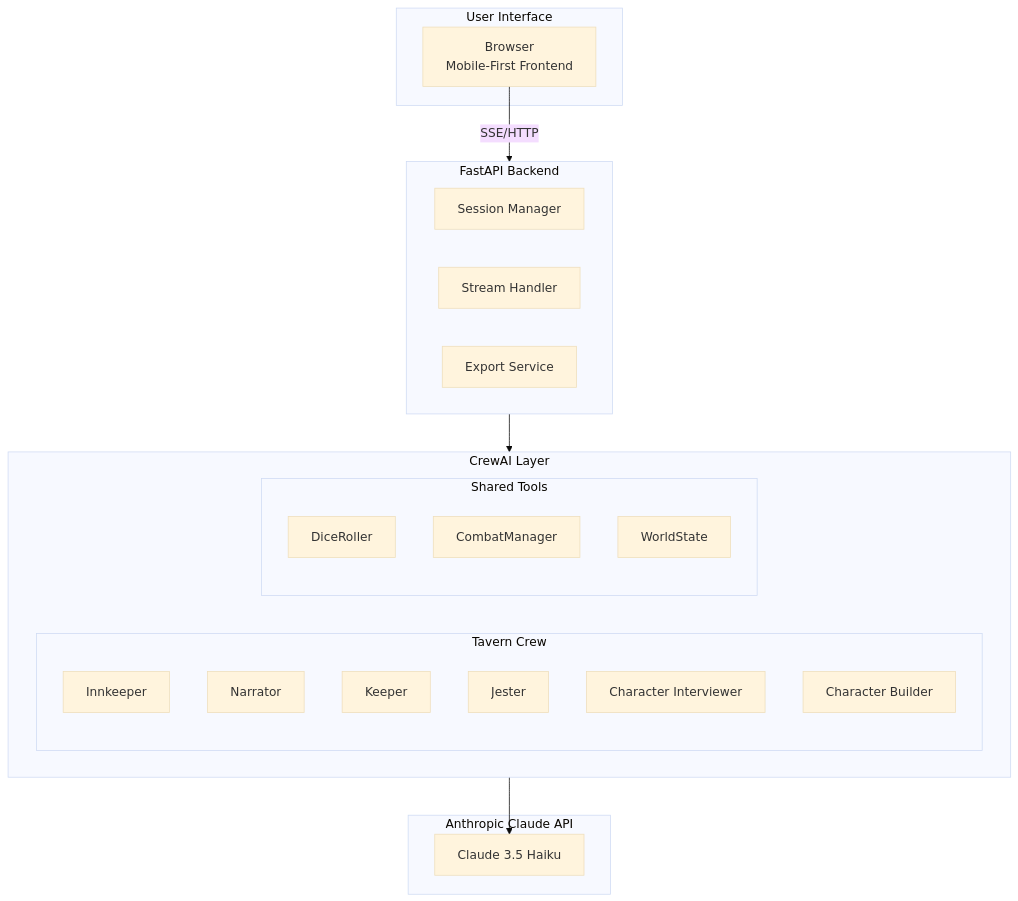
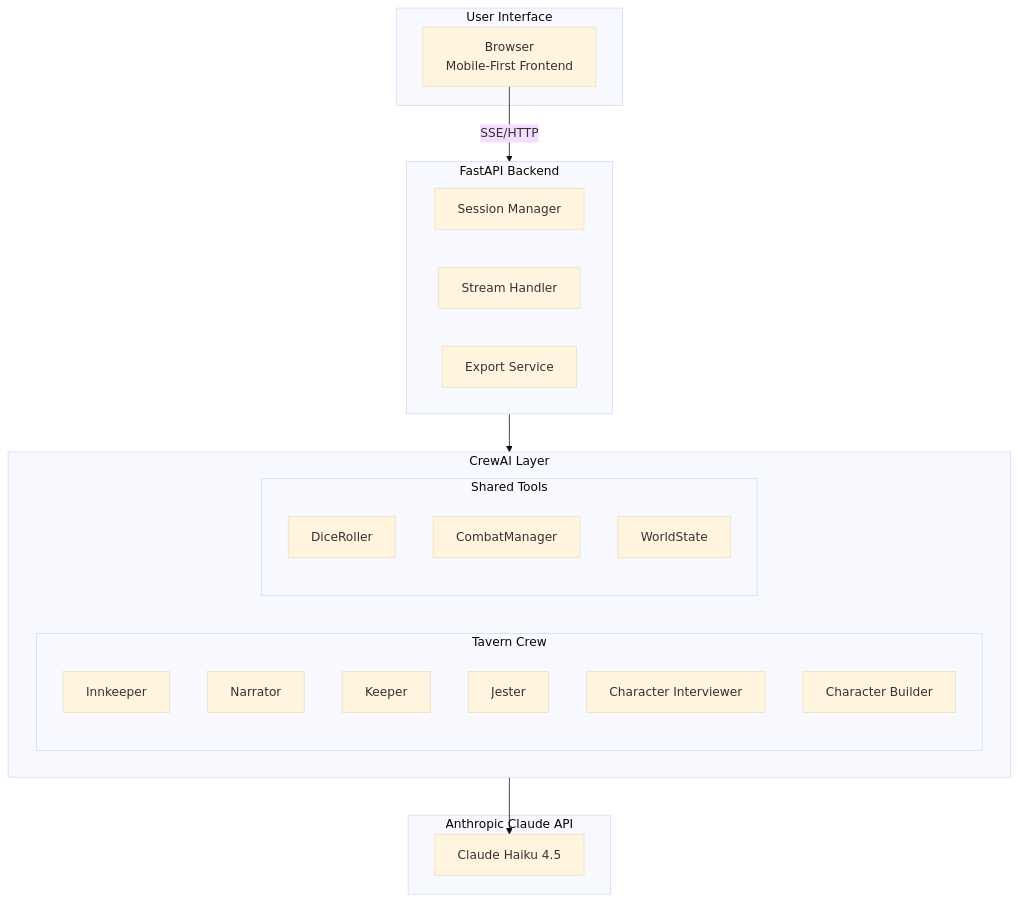
One commit to darth-dodo/pocket-portals changed the first of 2 diagrams in docs/architecture.md. Above: the diagram before and after it, drawn with Mermaid (base theme). The commit also changed other lines of this file and 21 other files, not shown here.

````diff
--- a/docs/architecture.md
+++ b/docs/architecture.md
@@ -37,36 +37,36 @@
 ```mermaid
 flowchart TB
     subgraph UI["User Interface"]
         Browser["Browser<br/>Mobile-First Frontend"]
     end
 
     subgraph API["FastAPI Backend"]
         Session["Session Manager"]
         Stream["Stream Handler"]
         Export["Export Service"]
     end
 
     subgraph CrewAI["CrewAI Layer"]
         subgraph Agents["Tavern Crew"]
             Innkeeper["Innkeeper"]
             Narrator["Narrator"]
             Keeper["Keeper"]
             Jester["Jester"]
             Interviewer["Character Interviewer"]
             Builder["Character Builder"]
         end
         subgraph Tools["Shared Tools"]
             Dice["DiceRoller"]
             Combat["CombatManager"]
             State["WorldState"]
         end
     end
 
     subgraph External["Anthropic Claude API"]
-        Claude["Claude 3.5 Haiku"]
+        Claude["Claude Haiku 4.5"]
     end
 
     Browser -->|SSE/HTTP| API
     API --> CrewAI
     CrewAI --> Claude
 ```
````
